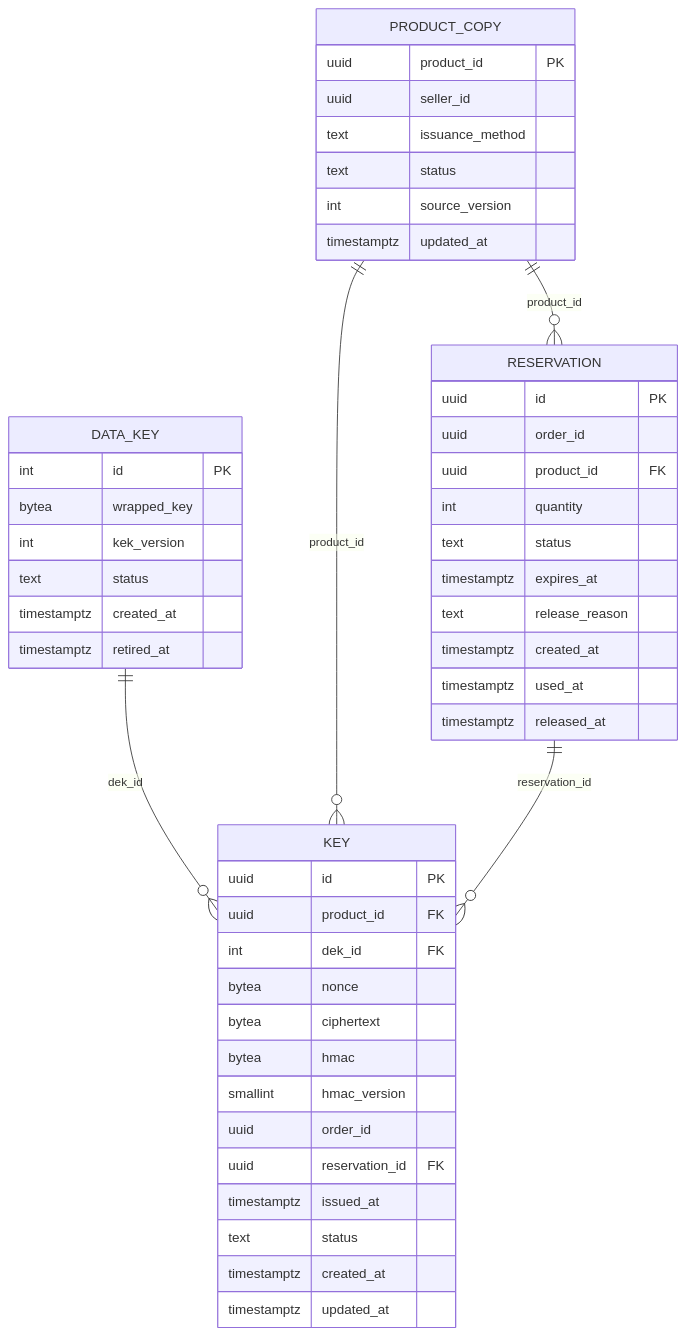
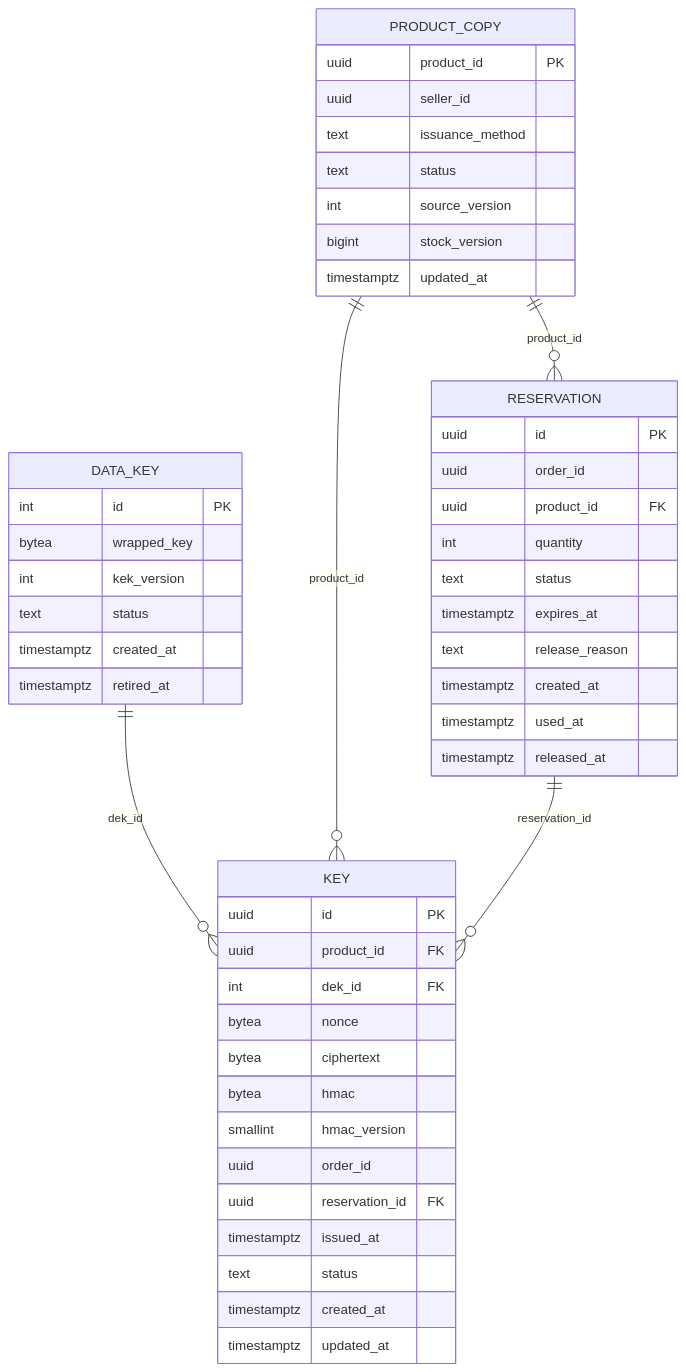
One commit to Lapin143/digital-goods-marketplace changed the diagram in docs/07-data/inventory-service-schema.md. Above: the diagram before and after it, drawn with Mermaid. The commit also changed other lines of this file and 8 other files, not shown here.

First line of the commit message:
db: версия остатка stock_version в inventory.product_copy и version в catalog.stock_view (Р-135)

````diff
--- a/docs/07-data/inventory-service-schema.md
+++ b/docs/07-data/inventory-service-schema.md
@@ -17,50 +17,51 @@
 ```mermaid
 erDiagram
     DATA_KEY {
         int id PK
         bytea wrapped_key
         int kek_version
         text status
         timestamptz created_at
         timestamptz retired_at
     }
     KEY {
         uuid id PK
         uuid product_id FK
         int dek_id FK
         bytea nonce
         bytea ciphertext
         bytea hmac
         smallint hmac_version
         uuid order_id
         uuid reservation_id FK
         timestamptz issued_at
         text status
         timestamptz created_at
         timestamptz updated_at
     }
     PRODUCT_COPY {
         uuid product_id PK
         uuid seller_id
         text issuance_method
         text status
         int source_version
+        bigint stock_version
         timestamptz updated_at
     }
     RESERVATION {
         uuid id PK
         uuid order_id
         uuid product_id FK
         int quantity
         text status
         timestamptz expires_at
         text release_reason
         timestamptz created_at
         timestamptz used_at
         timestamptz released_at
     }
     DATA_KEY ||--o{ KEY : "dek_id"
     PRODUCT_COPY ||--o{ KEY : "product_id"
     RESERVATION ||--o{ KEY : "reservation_id"
     PRODUCT_COPY ||--o{ RESERVATION : "product_id"
 ```
````
